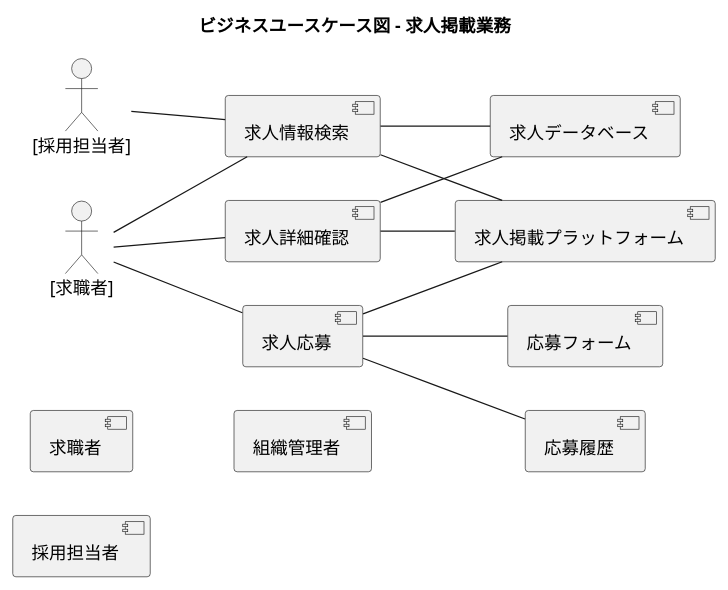
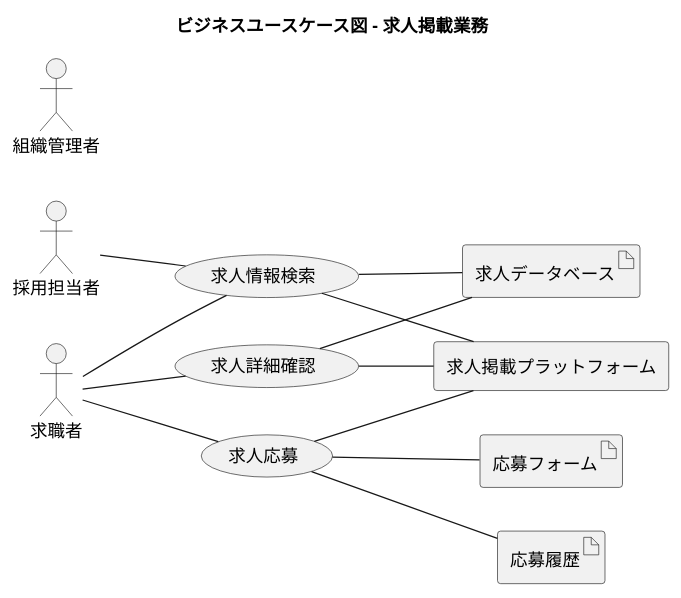
The fourth of 14 diagrams in docs/requirements/requirements_definition.md (k2works/ai-programing-exercise), drawn with PlantUML before and after one commit. The commit also changed other lines of this file, not shown here.

First line of the commit message:
style: fix PlantUML actor notation in requirements definition

````diff
--- a/docs/requirements/requirements_definition.md
+++ b/docs/requirements/requirements_definition.md
@@ -177,37 +177,37 @@
 ```plantuml
 @startuml
 
 title ビジネスユースケース図 - 求人掲載業務
 
 left to right direction
 
-actor [求職者]
-actor [採用担当者]
-actor [組織管理者]
+actor 求職者
+actor 採用担当者
+actor 組織管理者
 
-agent [求人掲載プラットフォーム]
+agent 求人掲載プラットフォーム
 
-usecase [求人情報検索] as uc_01
-usecase [求人詳細確認] as uc_02
-usecase [求人応募] as uc_03
+usecase 求人情報検索 as uc_01
+usecase 求人詳細確認 as uc_02
+usecase 求人応募 as uc_03
 
-artifact [求人データベース] as af_01
-artifact [応募フォーム] as af_02
-artifact [応募履歴] as af_03
+artifact 求人データベース as af_01
+artifact 応募フォーム as af_02
+artifact 応募履歴 as af_03
 
-:[求職者]: -- (uc_01)
-:[求職者]: -- (uc_02)
-:[求職者]: -- (uc_03)
-:[採用担当者]: -- (uc_01)
+:求職者: -- (uc_01)
+:求職者: -- (uc_02)
+:求職者: -- (uc_03)
+:採用担当者: -- (uc_01)
 
-(uc_01) -- [求人掲載プラットフォーム]
-(uc_02) -- [求人掲載プラットフォーム]
-(uc_03) -- [求人掲載プラットフォーム]
+(uc_01) -- 求人掲載プラットフォーム
+(uc_02) -- 求人掲載プラットフォーム
+(uc_03) -- 求人掲載プラットフォーム
 
 (uc_01) -- af_01
 (uc_02) -- af_01
 (uc_03) -- af_02
 (uc_03) -- af_03
 
 @enduml
 ```
````
